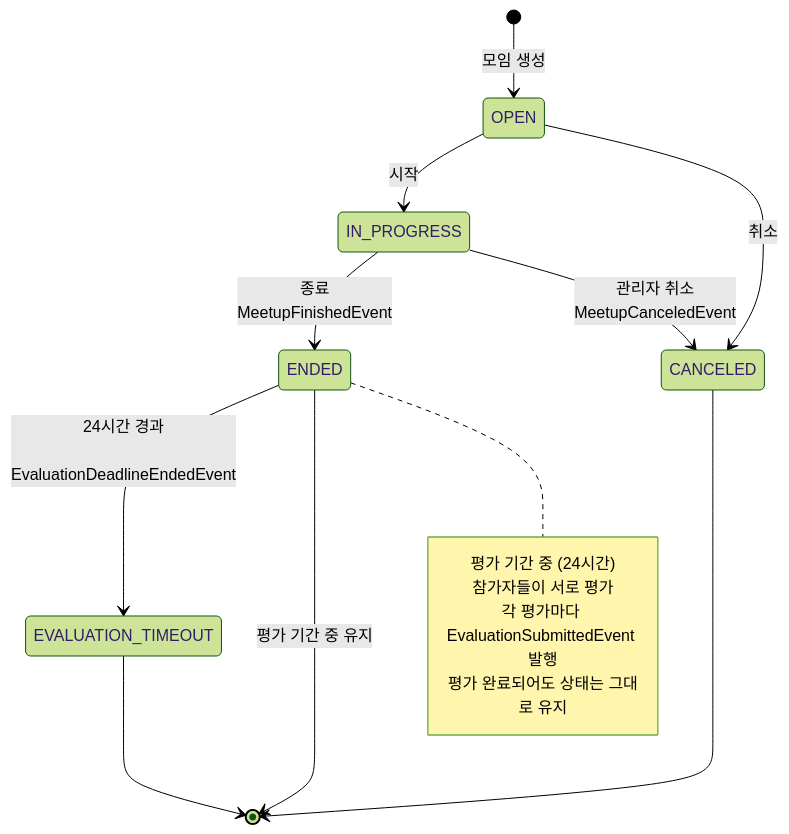
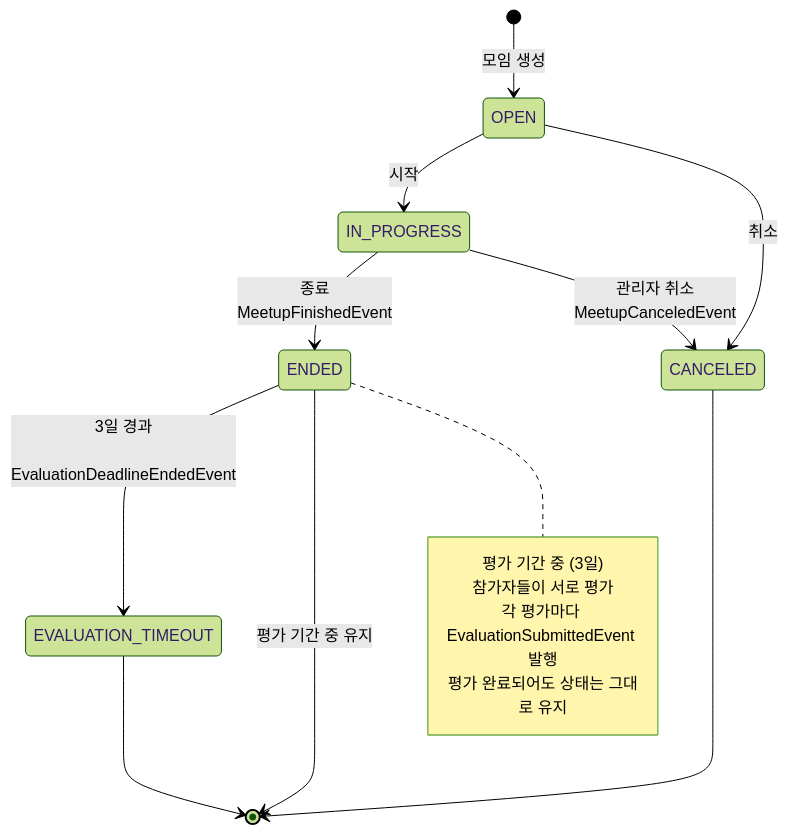
The sixth of 7 diagrams in docs/diagrams/event-architecture.md (kakao-tech-campus-3rd-step3/Team11_BE), drawn with Mermaid (forest theme) before and after one commit. The commit also changed other lines of this file and 1 other file, not shown here.

Commit message:
docs(meetiup): 모임 평가 기한을 실제 코드 기준 3일로 수정(#76)

````diff
--- a/docs/diagrams/event-architecture.md
+++ b/docs/diagrams/event-architecture.md
@@ -301,23 +301,23 @@
 ```mermaid
 stateDiagram-v2
     [*] --> OPEN: 모임 생성
 
     OPEN --> IN_PROGRESS: 시작
     OPEN --> CANCELED: 취소
 
     IN_PROGRESS --> ENDED: 종료<br/> MeetupFinishedEvent
     IN_PROGRESS --> CANCELED: 관리자 취소<br/> MeetupCanceledEvent
 
-    ENDED --> EVALUATION_TIMEOUT: 24시간 경과<br/> EvaluationDeadlineEndedEvent
+    ENDED --> EVALUATION_TIMEOUT: 3일 경과<br/> EvaluationDeadlineEndedEvent
     ENDED --> [*]: 평가 기간 중 유지
 
     EVALUATION_TIMEOUT --> [*]
     CANCELED --> [*]
 
     note right of ENDED
-        평가 기간 중 (24시간)
+        평가 기간 중 (3일)
         참가자들이 서로 평가
         각 평가마다 EvaluationSubmittedEvent 발행
         평가 완료되어도 상태는 그대로 유지
     end note
 ```
````
